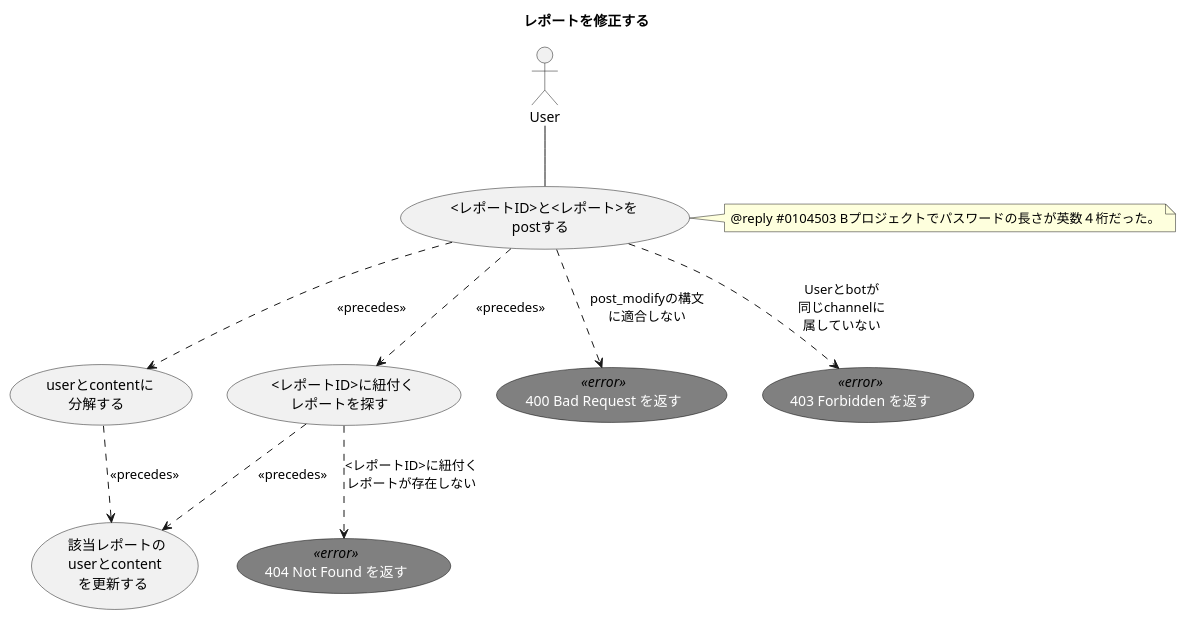
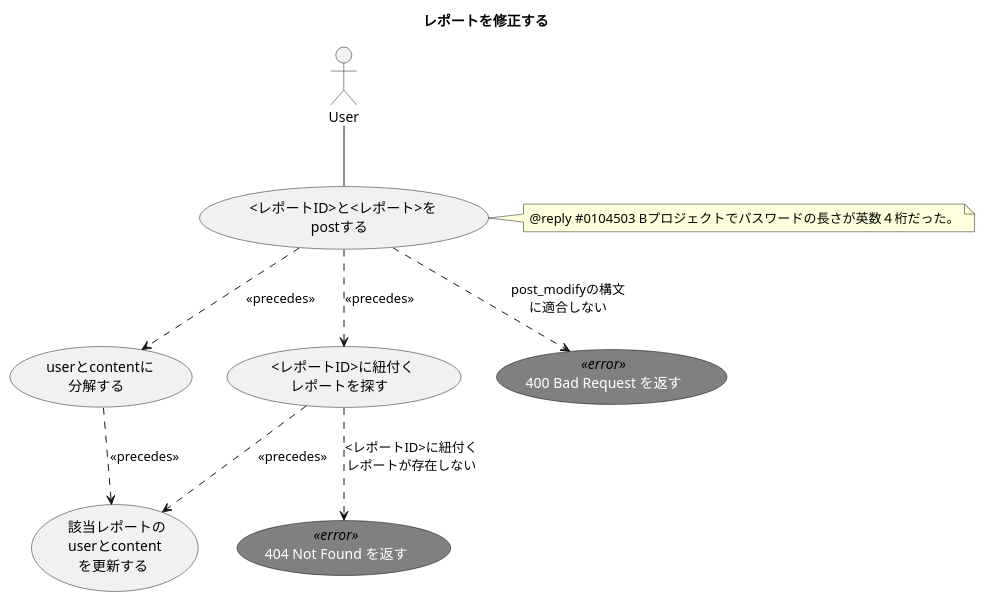
One commit to ito-masam/kpt-guard.doc changed the diagram in 1.design/2.usecases/post-report-modify.md. Above: the diagram before and after it, drawn with PlantUML. The commit also changed 15 other files, not shown here.

```diff
--- a/1.design/2.usecases/post-report-modify.md
+++ b/1.design/2.usecases/post-report-modify.md
@@ -1,36 +1,33 @@
 @startuml
 
     ' ----------- meta
     title レポートを修正する
 
     skinparam usecase {
       FontColor<<error>> white
       FontName<<error>> Verdana
       BackgroundColor<<error>> gray
       BorderColor<<error>> black
     }
 
     actor User
 
     ' ----------- main
     User -- ( <レポートID>と<レポート>を\npostする )
     ( <レポートID>と<レポート>を\npostする ) ..> ( userとcontentに\n分解する ) : << precedes >>
     ( <レポートID>と<レポート>を\npostする ) ..> ( <レポートID>に紐付く\nレポートを探す ) : << precedes >>
     ( <レポートID>に紐付く\nレポートを探す ) ..> ( 該当レポートの\nuserとcontent\nを更新する ) : << precedes >>
     ( userとcontentに\n分解する ) ..> ( 該当レポートの\nuserとcontent\nを更新する ) : << precedes >>
 
     note right of ( <レポートID>と<レポート>を\npostする )
       @reply #0104503 Bプロジェクトでパスワードの長さが英数４桁だった。
     end note
 
     ' ----------- alternative
     ( 400 Bad Request を返す ) <<error>>
     ( <レポートID>と<レポート>を\npostする ) ..> ( 400 Bad Request を返す ) : post_modifyの構文\nに適合しない
 
-    ( 403 Forbidden を返す ) <<error>>
-    ( <レポートID>と<レポート>を\npostする ) ..> ( 403 Forbidden を返す ) : Userとbotが\n同じchannelに\n属していない
-
     ( 404 Not Found を返す ) <<error>>
     ( <レポートID>に紐付く\nレポートを探す ) ..> ( 404 Not Found を返す ) : <レポートID>に紐付く\nレポートが存在しない
 
 @enduml
```
